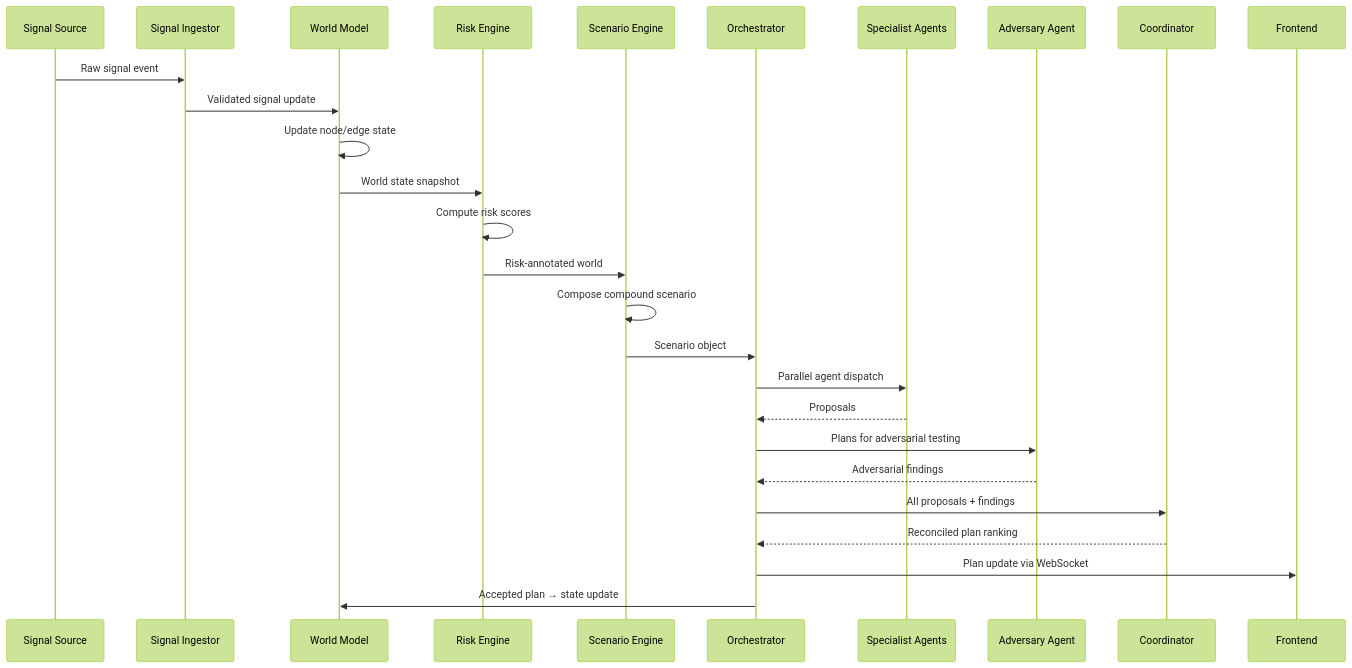
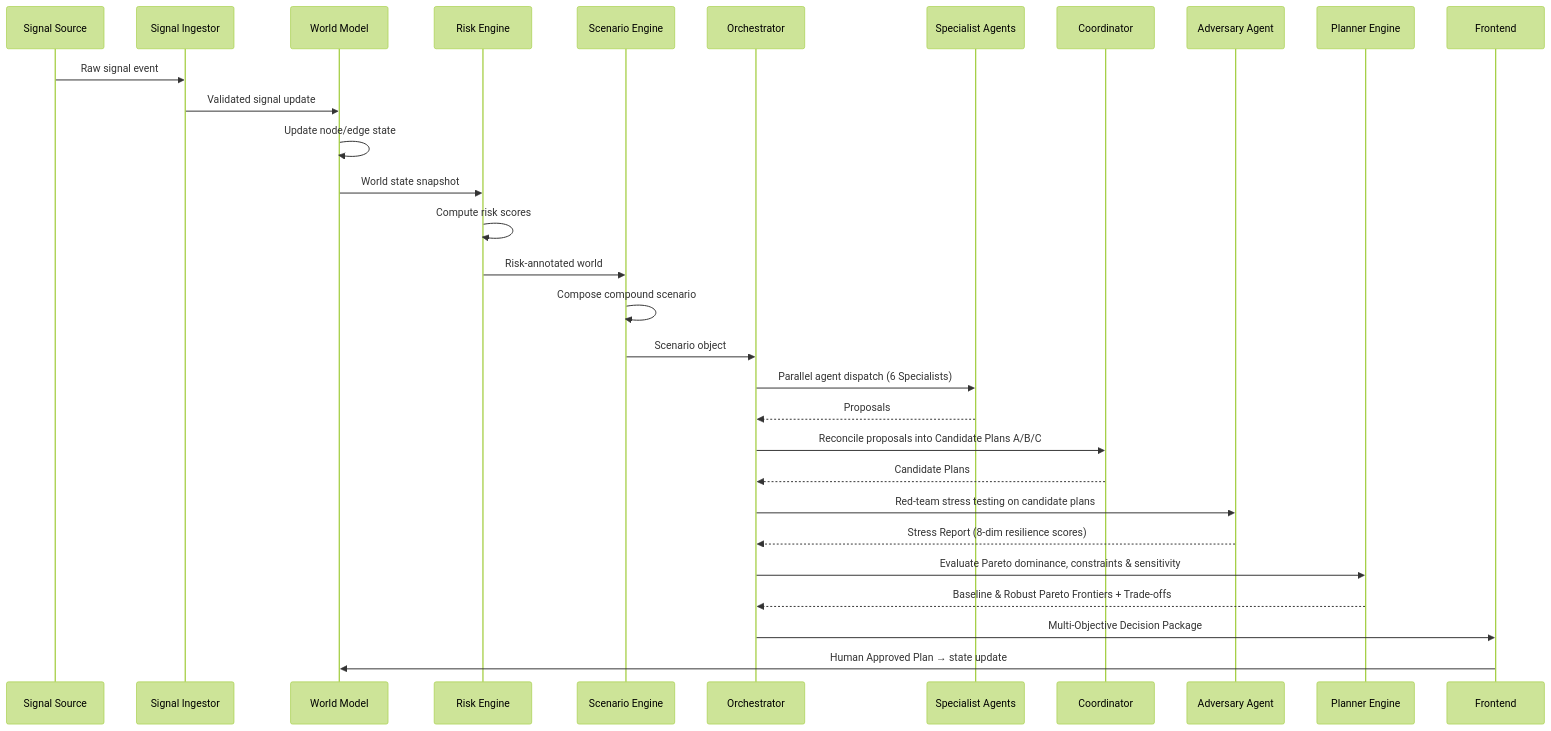
The second of 2 diagrams in docs/ARCHITECTURE.md (manidharreddy0909/full-fill-x2), drawn with Mermaid (forest theme) before and after one commit. The commit also changed other lines of this file and 24 other files, not shown here.

Commit message:
feat(planner): implement multi-objective optimization and robust pareto planning (phase 08)

````diff
--- a/docs/ARCHITECTURE.md
+++ b/docs/ARCHITECTURE.md
@@ -129,30 +130,33 @@
 ```mermaid
 sequenceDiagram
     participant S as Signal Source
     participant I as Signal Ingestor
     participant W as World Model
     participant R as Risk Engine
     participant SC as Scenario Engine
     participant O as Orchestrator
     participant A as Specialist Agents
+    participant C as Coordinator
     participant ADV as Adversary Agent
-    participant C as Coordinator
+    participant PL as Planner Engine
     participant UI as Frontend
 
     S->>I: Raw signal event
     I->>W: Validated signal update
     W->>W: Update node/edge state
     W->>R: World state snapshot
     R->>R: Compute risk scores
     R->>SC: Risk-annotated world
     SC->>SC: Compose compound scenario
     SC->>O: Scenario object
-    O->>A: Parallel agent dispatch
+    O->>A: Parallel agent dispatch (6 Specialists)
     A-->>O: Proposals
-    O->>ADV: Plans for adversarial testing
-    ADV-->>O: Adversarial findings
-    O->>C: All proposals + findings
-    C-->>O: Reconciled plan ranking
-    O->>UI: Plan update via WebSocket
-    O->>W: Accepted plan → state update
+    O->>C: Reconcile proposals into Candidate Plans A/B/C
+    C-->>O: Candidate Plans
+    O->>ADV: Red-team stress testing on candidate plans
+    ADV-->>O: Stress Report (8-dim resilience scores)
+    O->>PL: Evaluate Pareto dominance, constraints & sensitivity
+    PL-->>O: Baseline & Robust Pareto Frontiers + Trade-offs
+    O->>UI: Multi-Objective Decision Package
+    UI->>W: Human Approved Plan → state update
 ```
````
